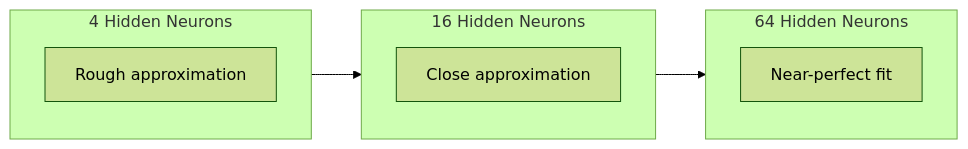
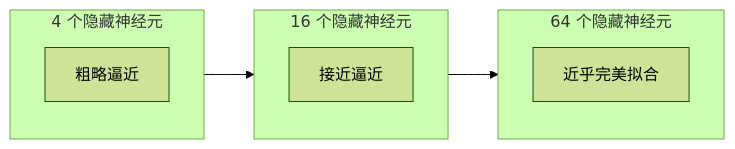
One commit to alessandrodinisio-ai/ai-engineering-learning-framework changed the third of 3 diagrams in phases/03-deep-learning-core/02-multi-layer-networks/docs/zh.md. Above: the diagram before and after it, drawn with Mermaid (forest theme). The commit also changed other lines of this file and 120 other files, not shown here.

First line of the commit message:
i18n(mermaid): 337 个 mermaid 图表标签中文化

````diff
--- a/phases/03-deep-learning-core/02-multi-layer-networks/docs/zh.md
+++ b/phases/03-deep-learning-core/02-multi-layer-networks/docs/zh.md
@@ -131,13 +131,13 @@
 ```mermaid
 graph LR
-    subgraph FewNeurons["4 Hidden Neurons"]
-        A["Rough approximation"]
+    subgraph FewNeurons["4 个隐藏神经元"]
+        A["粗略逼近"]
     end
-    subgraph MoreNeurons["16 Hidden Neurons"]
-        B["Close approximation"]
+    subgraph MoreNeurons["16 个隐藏神经元"]
+        B["接近逼近"]
     end
-    subgraph ManyNeurons["64 Hidden Neurons"]
-        C["Near-perfect fit"]
+    subgraph ManyNeurons["64 个隐藏神经元"]
+        C["近乎完美拟合"]
     end
     FewNeurons --> MoreNeurons --> ManyNeurons
 ```
````
